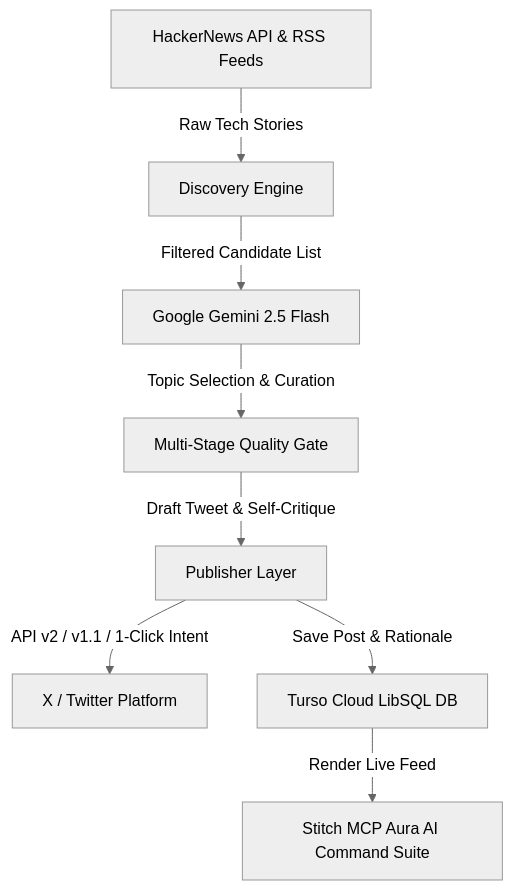
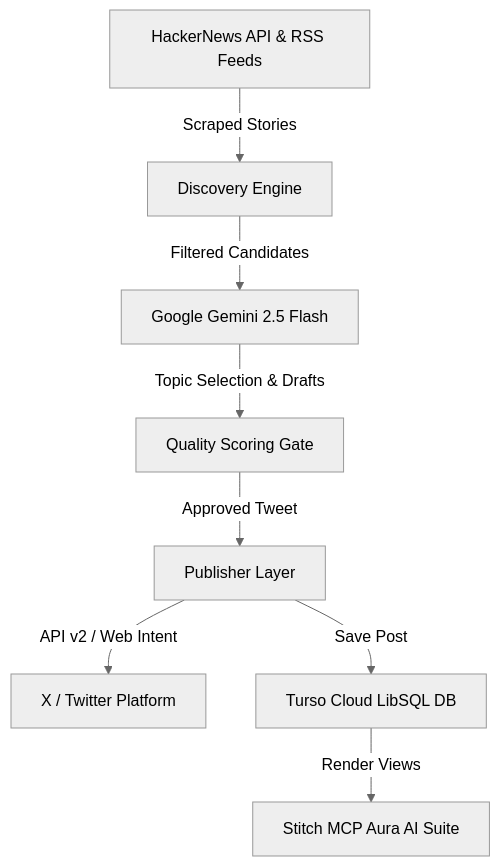
One commit to sk70-1/AI_CREATOR changed the diagram in PROMPTS.md. Above: the diagram before and after it, drawn with Mermaid (neutral theme). The commit also changed other lines of this file and 1 other file, not shown here.

````diff
--- a/PROMPTS.md
+++ b/PROMPTS.md
@@ -9,10 +9,10 @@
 ```mermaid
 graph TD
-    A[HackerNews API & RSS Feeds] -->|Raw Tech Stories| B[Discovery Engine]
-    B -->|Filtered Candidate List| C[Google Gemini 2.5 Flash]
-    C -->|Topic Selection & Curation| D[Multi-Stage Quality Gate]
-    D -->|Draft Tweet & Self-Critique| E[Publisher Layer]
-    E -->|API v2 / v1.1 / 1-Click Intent| F[X / Twitter Platform]
-    E -->|Save Post & Rationale| G[Turso Cloud LibSQL DB]
-    G -->|Render Live Feed| H[Stitch MCP Aura AI Command Suite]
+    A[HackerNews API & RSS Feeds] -->|Scraped Stories| B[Discovery Engine]
+    B -->|Filtered Candidates| C[Google Gemini 2.5 Flash]
+    C -->|Topic Selection & Drafts| D[Quality Scoring Gate]
+    D -->|Approved Tweet| E[Publisher Layer]
+    E -->|API v2 / Web Intent| F[X / Twitter Platform]
+    E -->|Save Post| G[Turso Cloud LibSQL DB]
+    G -->|Render Views| H[Stitch MCP Aura AI Suite]
 ```
````
